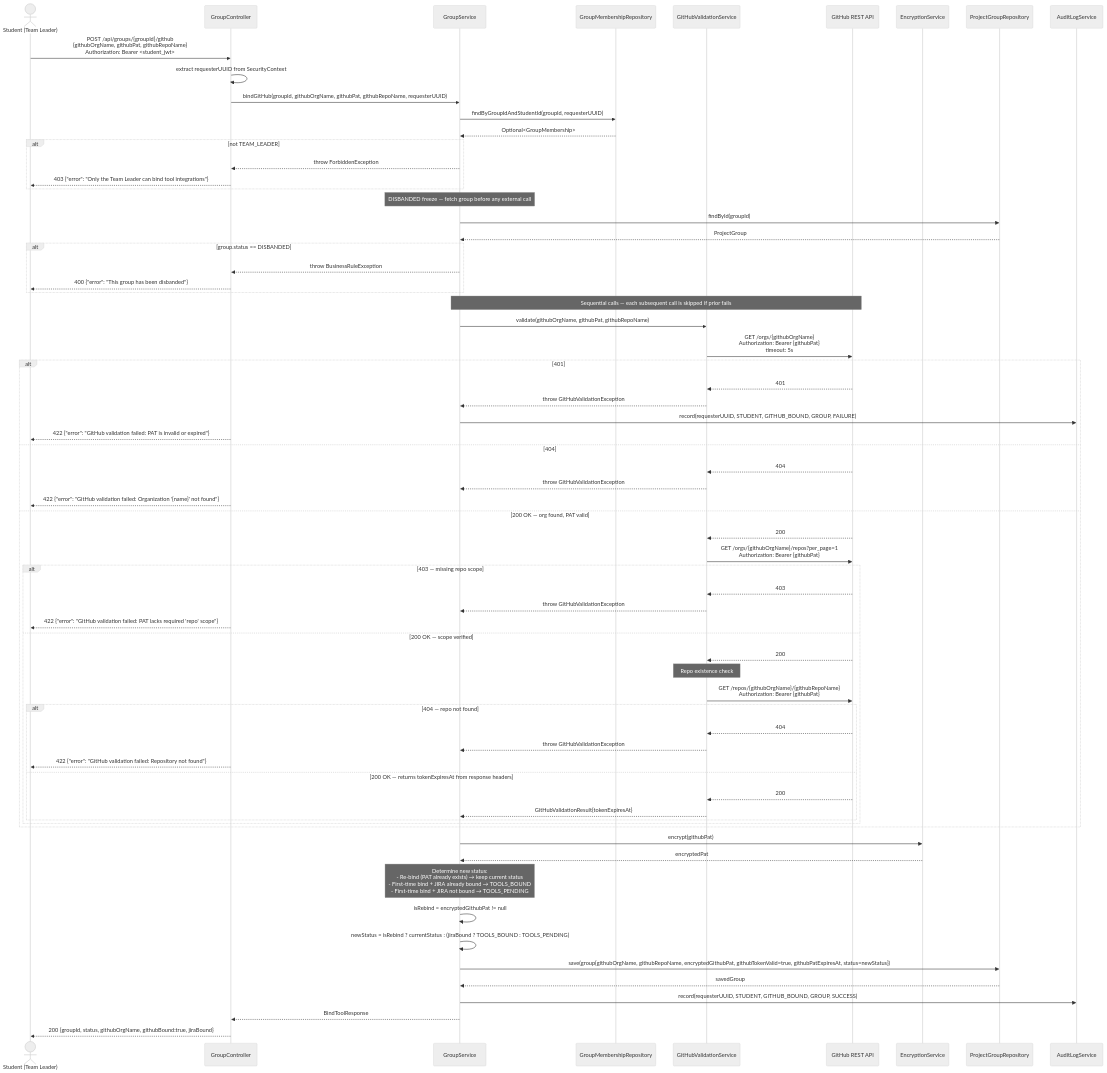
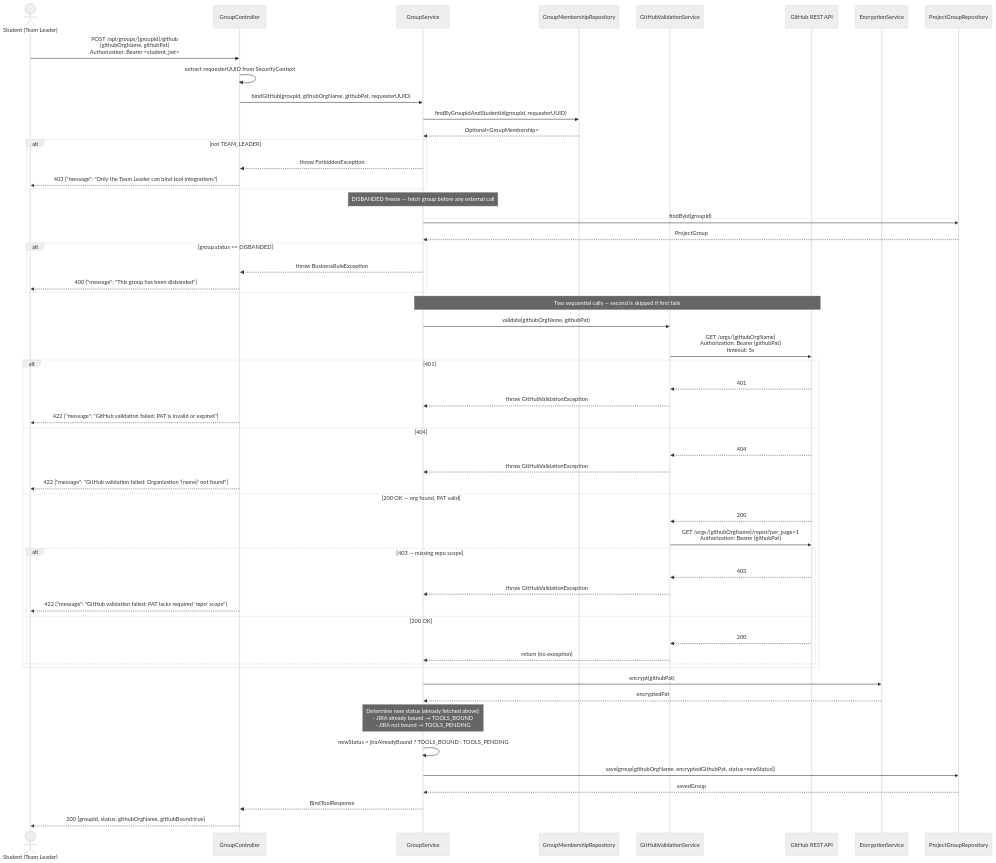
One commit to SE3318-Spring-2025-2026/senior-app-6 changed the second of 2 diagrams in docs/process2/sequences/2.4_2.5_bind_tools_p2.md. Above: the diagram before and after it, drawn with Mermaid (neutral theme). The commit also changed other lines of this file and 20 other files, not shown here.

````diff
--- a/docs/process2/sequences/2.4_2.5_bind_tools_p2.md
+++ b/docs/process2/sequences/2.4_2.5_bind_tools_p2.md
@@ -98,19 +92,18 @@
     participant GitHubAPI as GitHub REST API
     participant EncryptionService
     participant ProjectGroupRepository
-    participant AuditLogService
 
-    Student->>GroupController: POST /api/groups/{groupId}/github<br/>{githubOrgName, githubPat, githubRepoName}<br/>Authorization: Bearer <student_jwt>
+    Student->>GroupController: POST /api/groups/{groupId}/github<br/>{githubOrgName, githubPat}<br/>Authorization: Bearer <student_jwt>
 
     GroupController->>GroupController: extract requesterUUID from SecurityContext
-    GroupController->>GroupService: bindGitHub(groupId, githubOrgName, githubPat, githubRepoName, requesterUUID)
+    GroupController->>GroupService: bindGitHub(groupId, githubOrgName, githubPat, requesterUUID)
 
     GroupService->>GroupMembershipRepository: findByGroupIdAndStudentId(groupId, requesterUUID)
     GroupMembershipRepository-->>GroupService: Optional<GroupMembership>
 
     alt not TEAM_LEADER
         GroupService-->>GroupController: throw ForbiddenException
-        GroupController-->>Student: 403 {"error": "Only the Team Leader can bind tool integrations"}
+        GroupController-->>Student: 403 {"message": "Only the Team Leader can bind tool integrations"}
     end
 
     Note over GroupService: DISBANDED freeze — fetch group before any external call
@@ -119,23 +112,22 @@
 
     alt group.status == DISBANDED
         GroupService-->>GroupController: throw BusinessRuleException
-        GroupController-->>Student: 400 {"error": "This group has been disbanded"}
+        GroupController-->>Student: 400 {"message": "This group has been disbanded"}
     end
 
-    Note over GroupService,GitHubAPI: Sequential calls — each subsequent call is skipped if prior fails
-    GroupService->>GitHubValidationService: validate(githubOrgName, githubPat, githubRepoName)
+    Note over GroupService,GitHubAPI: Two sequential calls — second is skipped if first fails
+    GroupService->>GitHubValidationService: validate(githubOrgName, githubPat)
 
     GitHubValidationService->>GitHubAPI: GET /orgs/{githubOrgName}<br/>Authorization: Bearer {githubPat}<br/>timeout: 5s
 
     alt 401
         GitHubAPI-->>GitHubValidationService: 401
         GitHubValidationService-->>GroupService: throw GitHubValidationException
-        GroupService->>AuditLogService: record(requesterUUID, STUDENT, GITHUB_BOUND, GROUP, FAILURE)
-        GroupController-->>Student: 422 {"error": "GitHub validation failed: PAT is invalid or expired"}
+        GroupController-->>Student: 422 {"message": "GitHub validation failed: PAT is invalid or expired"}
     else 404
         GitHubAPI-->>GitHubValidationService: 404
         GitHubValidationService-->>GroupService: throw GitHubValidationException
-        GroupController-->>Student: 422 {"error": "GitHub validation failed: Organization '{name}' not found"}
+        GroupController-->>Student: 422 {"message": "GitHub validation failed: Organization '{name}' not found"}
     else 200 OK — org found, PAT valid
         GitHubAPI-->>GitHubValidationService: 200
 
@@ -144,36 +136,22 @@
         alt 403 — missing repo scope
             GitHubAPI-->>GitHubValidationService: 403
             GitHubValidationService-->>GroupService: throw GitHubValidationException
-            GroupController-->>Student: 422 {"error": "GitHub validation failed: PAT lacks required 'repo' scope"}
-        else 200 OK — scope verified
+            GroupController-->>Student: 422 {"message": "GitHub validation failed: PAT lacks required 'repo' scope"}
+        else 200 OK
             GitHubAPI-->>GitHubValidationService: 200
-
-            Note over GitHubValidationService: Repo existence check
-            GitHubValidationService->>GitHubAPI: GET /repos/{githubOrgName}/{githubRepoName}<br/>Authorization: Bearer {githubPat}
-
-            alt 404 — repo not found
-                GitHubAPI-->>GitHubValidationService: 404
-                GitHubValidationService-->>GroupService: throw GitHubValidationException
-                GroupController-->>Student: 422 {"error": "GitHub validation failed: Repository not found"}
-            else 200 OK — returns tokenExpiresAt from response headers
-                GitHubAPI-->>GitHubValidationService: 200
-                GitHubValidationService-->>GroupService: GitHubValidationResult{tokenExpiresAt}
-            end
+            GitHubValidationService-->>GroupService: return (no exception)
         end
     end
 
     GroupService->>EncryptionService: encrypt(githubPat)
     EncryptionService-->>GroupService: encryptedPat
 
-    Note over GroupService: Determine new status:<br/>- Re-bind (PAT already exists) → keep current status<br/>- First-time bind + JIRA already bound → TOOLS_BOUND<br/>- First-time bind + JIRA not bound → TOOLS_PENDING
-    GroupService->>GroupService: isRebind = encryptedGithubPat != null
-    GroupService->>GroupService: newStatus = isRebind ? currentStatus : (jiraBound ? TOOLS_BOUND : TOOLS_PENDING)
+    Note over GroupService: Determine new status (already fetched above):<br/>- JIRA already bound → TOOLS_BOUND<br/>- JIRA not bound → TOOLS_PENDING
+    GroupService->>GroupService: newStatus = jiraAlreadyBound ? TOOLS_BOUND : TOOLS_PENDING
 
-    GroupService->>ProjectGroupRepository: save(group{githubOrgName, githubRepoName, encryptedGithubPat, githubTokenValid=true, githubPatExpiresAt, status=newStatus})
+    GroupService->>ProjectGroupRepository: save(group{githubOrgName, encryptedGithubPat, status=newStatus})
     ProjectGroupRepository-->>GroupService: savedGroup
 
-    GroupService->>AuditLogService: record(requesterUUID, STUDENT, GITHUB_BOUND, GROUP, SUCCESS)
-
     GroupService-->>GroupController: BindToolResponse
-    GroupController-->>Student: 200 {groupId, status, githubOrgName, githubBound:true, jiraBound}
+    GroupController-->>Student: 200 {groupId, status, githubOrgName, githubBound:true}
 ```
````
